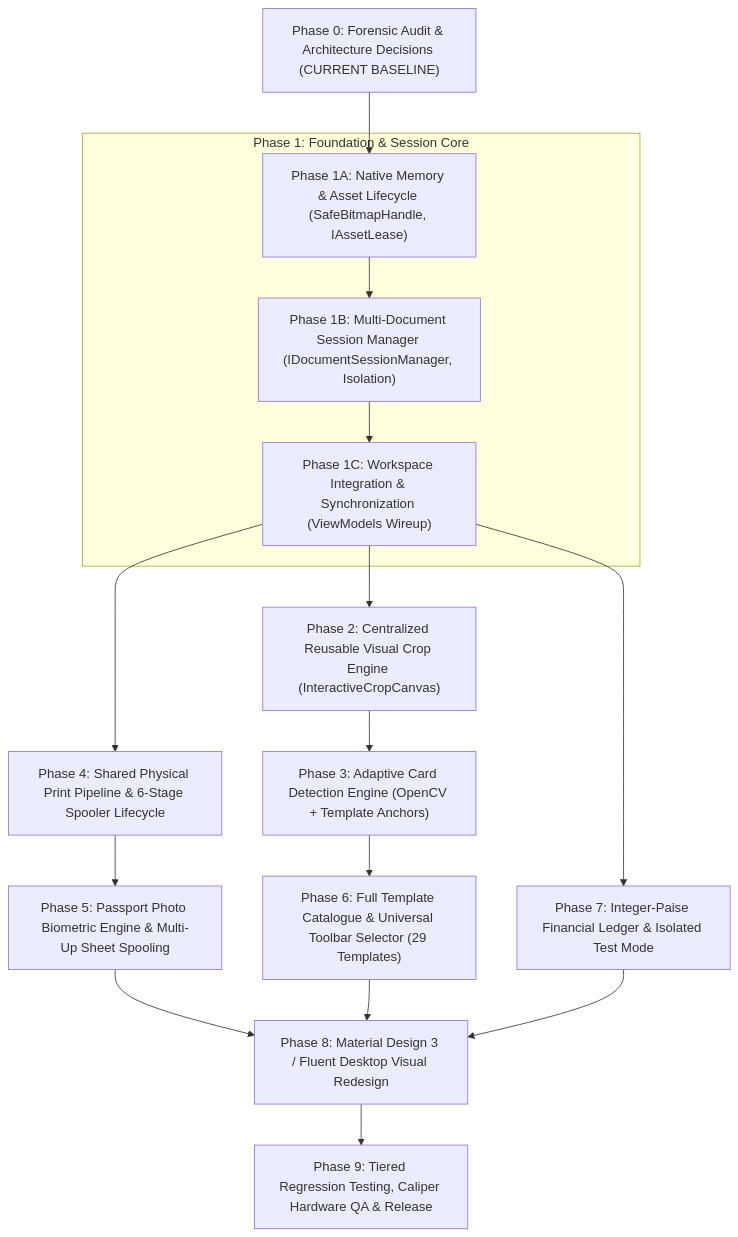
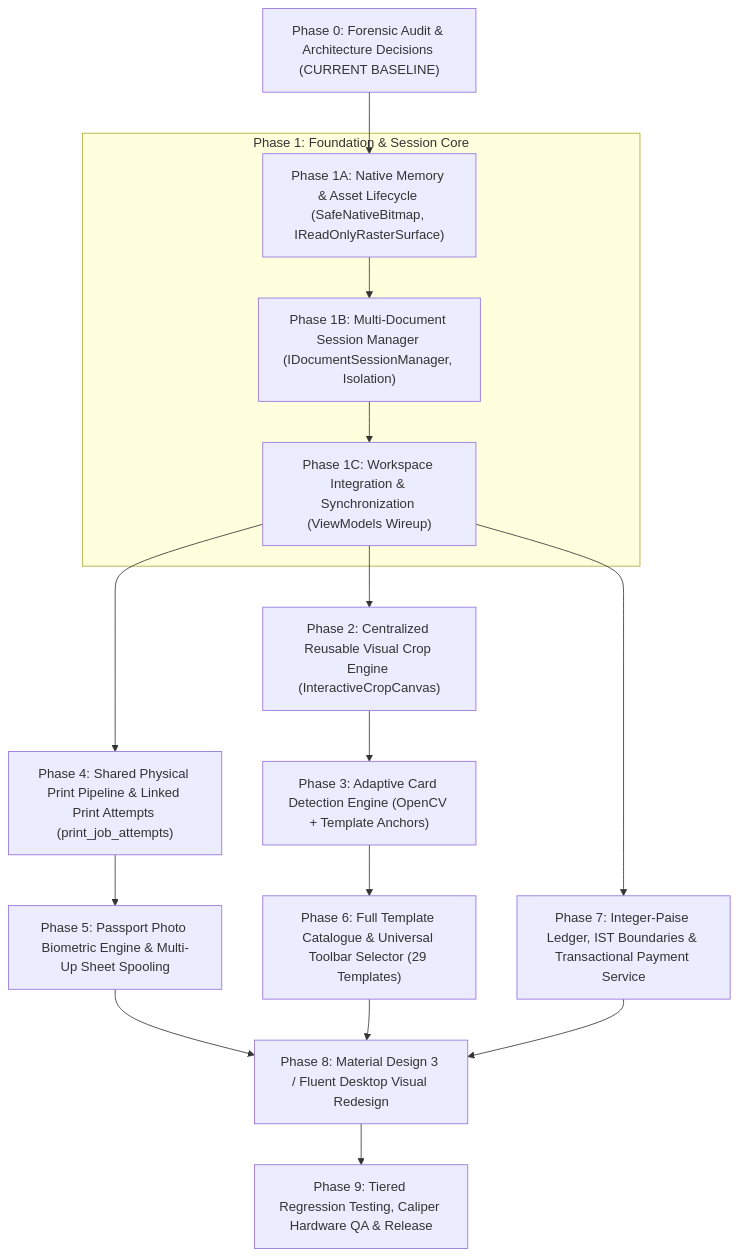
Before and after one commit to vicky105285-collab/pvc-studio-pro: the diagram in docs/PHASED_IMPLEMENTATION_ROADMAP.md, drawn with Mermaid. The commit also changed other lines of this file and 5 other files, not shown here.

Commit message:
docs(phase-0.3): final technical corrections, non-disposable surface, IST day bounds, payment service, and reprint lifecycle

````diff
--- a/docs/PHASED_IMPLEMENTATION_ROADMAP.md
+++ b/docs/PHASED_IMPLEMENTATION_ROADMAP.md
@@ -14,33 +14,33 @@
 ```mermaid
 graph TD
     P0["Phase 0: Forensic Audit & Architecture Decisions (CURRENT BASELINE)"]
     
     subgraph P1_Subsystem["Phase 1: Foundation & Session Core"]
-        P1A["Phase 1A: Native Memory & Asset Lifecycle (SafeBitmapHandle, IAssetLease)"]
+        P1A["Phase 1A: Native Memory & Asset Lifecycle (SafeNativeBitmap, IReadOnlyRasterSurface)"]
         P1B["Phase 1B: Multi-Document Session Manager (IDocumentSessionManager, Isolation)"]
         P1C["Phase 1C: Workspace Integration & Synchronization (ViewModels Wireup)"]
     end
 
     P2["Phase 2: Centralized Reusable Visual Crop Engine (InteractiveCropCanvas)"]
     P3["Phase 3: Adaptive Card Detection Engine (OpenCV + Template Anchors)"]
-    P4["Phase 4: Shared Physical Print Pipeline & 6-Stage Spooler Lifecycle"]
+    P4["Phase 4: Shared Physical Print Pipeline & Linked Print Attempts (print_job_attempts)"]
     P5["Phase 5: Passport Photo Biometric Engine & Multi-Up Sheet Spooling"]
     P6["Phase 6: Full Template Catalogue & Universal Toolbar Selector (29 Templates)"]
-    P7["Phase 7: Integer-Paise Financial Ledger & Isolated Test Mode"]
+    P7["Phase 7: Integer-Paise Ledger, IST Boundaries & Transactional Payment Service"]
     P8["Phase 8: Material Design 3 / Fluent Desktop Visual Redesign"]
     P9["Phase 9: Tiered Regression Testing, Caliper Hardware QA & Release"]
 
     P0 --> P1A
     P1A --> P1B
     P1B --> P1C
     P1C --> P2
     P1C --> P4
     P2 --> P3
     P3 --> P6
     P4 --> P5
     P1C --> P7
     P5 --> P8
     P6 --> P8
     P7 --> P8
     P8 --> P9
 ```
````
